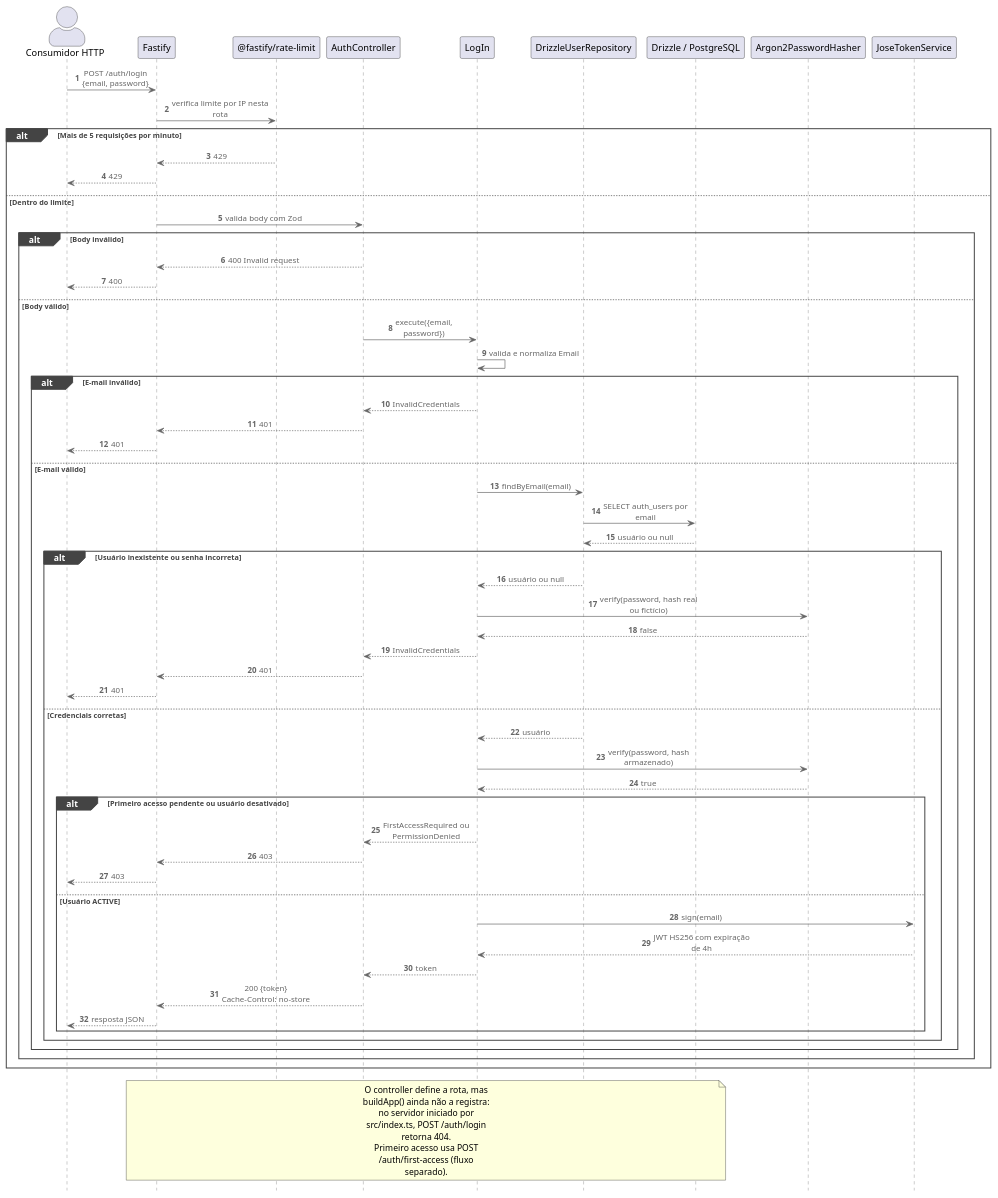
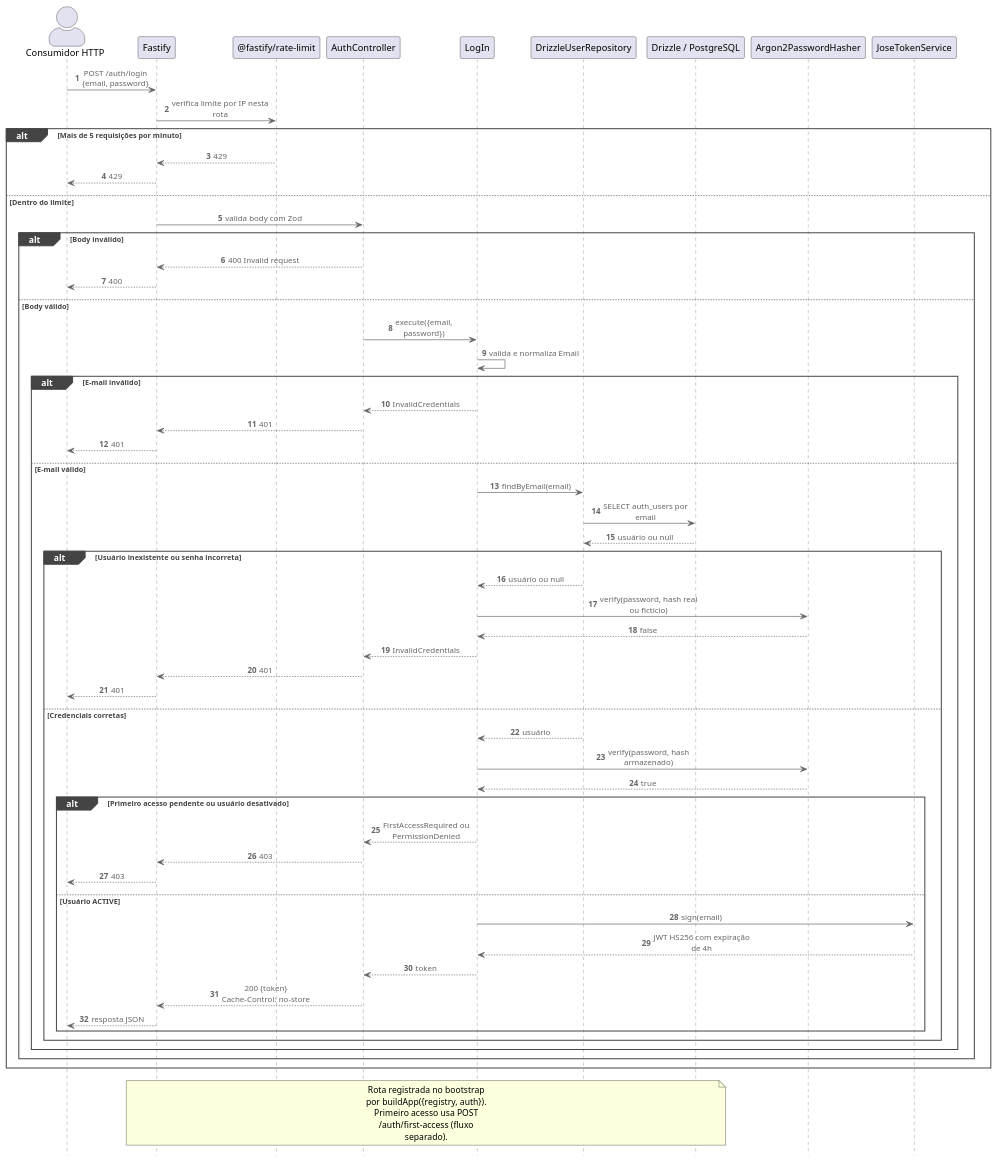
The second of 2 diagrams in docs/plantuml/flows/auth-service.puml (15soat-fiap-45/api.mecanica), drawn with PlantUML before and after one commit. The commit also changed other lines of this file and 10 other files, not shown here.

First line of the commit message:
Expose auth flows through the API and document their use

```diff
--- a/docs/plantuml/flows/auth-service.puml
+++ b/docs/plantuml/flows/auth-service.puml
@@ -84,68 +83,67 @@
 @startuml Fluxo: Login
 !include https://raw.githubusercontent.com/plantuml-stdlib/C4-PlantUML/master/C4_Sequence.puml
 autonumber
 
 actor Client as "Consumidor HTTP"
 participant API as "Fastify"
 participant Limit as "@fastify/rate-limit"
 participant Route as "AuthController"
 participant UseCase as "LogIn"
 participant Repo as "DrizzleUserRepository"
 participant DB as "Drizzle / PostgreSQL"
 participant Hasher as "Argon2PasswordHasher"
 participant Token as "JoseTokenService"
 
 Client -> API: POST /auth/login\n{email, password}
 API -> Limit: verifica limite por IP nesta rota
 alt Mais de 5 requisições por minuto
     Limit --> API: 429
     API --> Client: 429
 else Dentro do limite
     API -> Route: valida body com Zod
     alt Body inválido
         Route --> API: 400 Invalid request
         API --> Client: 400
     else Body válido
         Route -> UseCase: execute({email, password})
         UseCase -> UseCase: valida e normaliza Email
         alt E-mail inválido
             UseCase --> Route: InvalidCredentials
             Route --> API: 401
             API --> Client: 401
         else E-mail válido
             UseCase -> Repo: findByEmail(email)
             Repo -> DB: SELECT auth_users por email
             DB --> Repo: usuário ou null
             alt Usuário inexistente ou senha incorreta
                 Repo --> UseCase: usuário ou null
                 UseCase -> Hasher: verify(password, hash real ou fictício)
                 Hasher --> UseCase: false
                 UseCase --> Route: InvalidCredentials
                 Route --> API: 401
                 API --> Client: 401
             else Credenciais corretas
                 Repo --> UseCase: usuário
                 UseCase -> Hasher: verify(password, hash armazenado)
                 Hasher --> UseCase: true
                 alt Primeiro acesso pendente ou usuário desativado
                     UseCase --> Route: FirstAccessRequired ou PermissionDenied
                     Route --> API: 403
                     API --> Client: 403
                 else Usuário ACTIVE
                     UseCase -> Token: sign(email)
                     Token --> UseCase: JWT HS256 com expiração de 4h
                     UseCase --> Route: token
                     Route --> API: 200 {token}\nCache-Control: no-store
                     API --> Client: resposta JSON
                 end
             end
         end
     end
 end
 
 note over API,DB
-    O controller define a rota, mas buildApp() ainda não a registra:
-    no servidor iniciado por src/index.ts, POST /auth/login retorna 404.
+    Rota registrada no bootstrap por buildApp({registry, auth}).
     Primeiro acesso usa POST /auth/first-access (fluxo separado).
 end note
 @enduml
```
